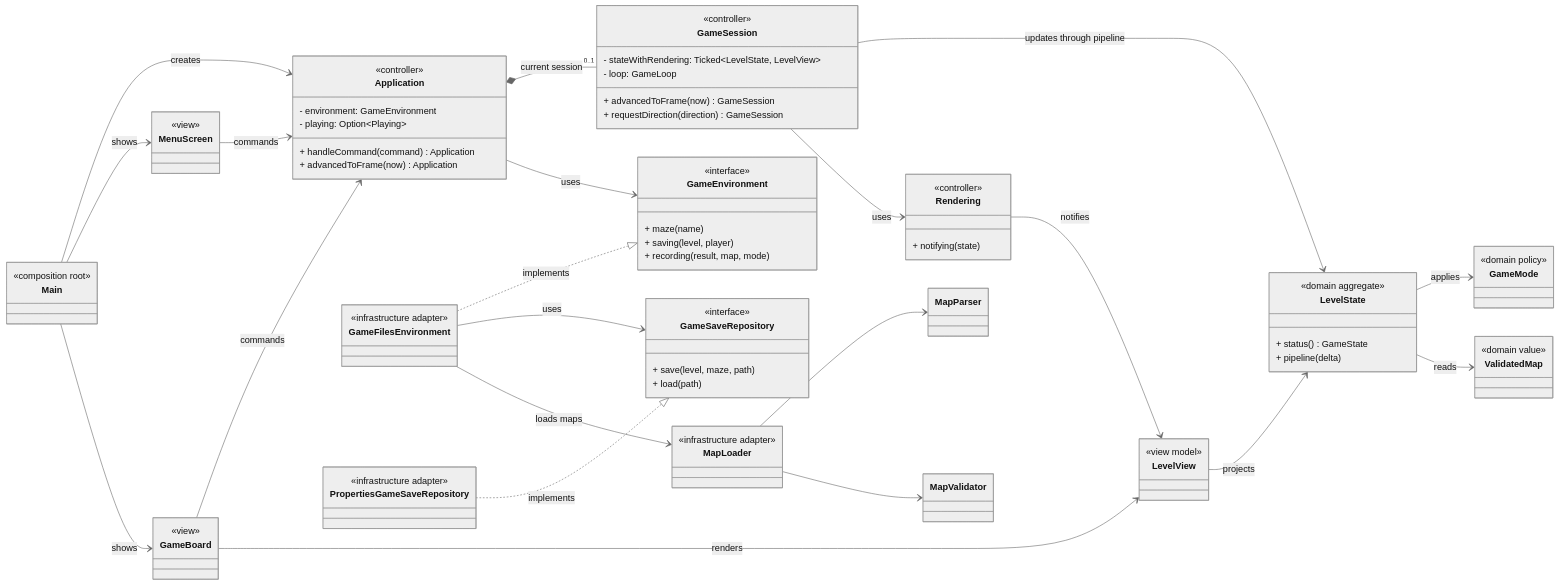
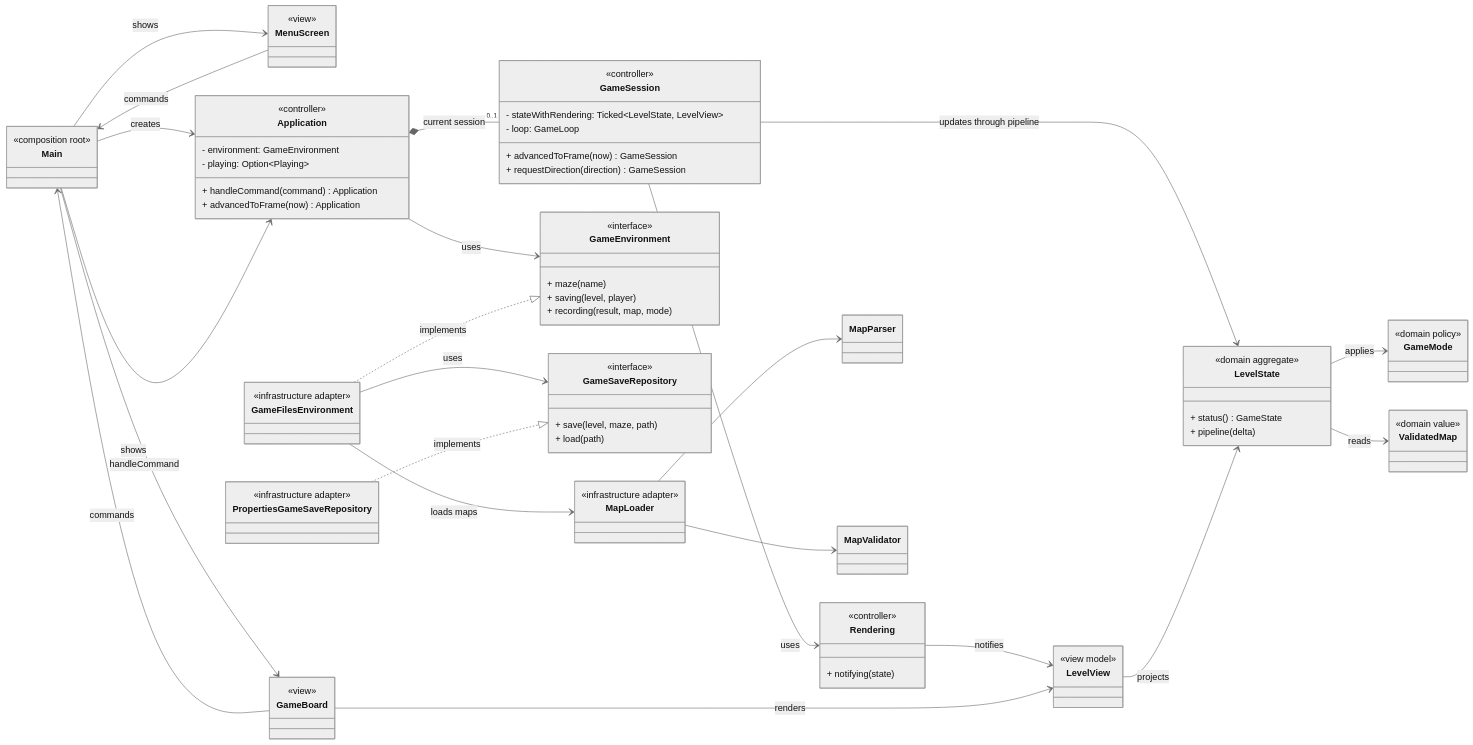
Before and after one commit to PPS-25/PPS-25-scala-man: the diagram in docs/uml/application-class-diagram.mmd, drawn with Mermaid. The commit also changed 2 other files, not shown here.

Commit message:
docs(report): refine architectural design

```diff
--- a/docs/uml/application-class-diagram.mmd
+++ b/docs/uml/application-class-diagram.mmd
@@ -1,88 +1,89 @@
 %%{init: {"theme": "neutral"}}%%
 classDiagram
   direction LR
 
   class Main {
 <<composition root>>
 }
 class MenuScreen {
 <<view>>
 }
 class GameBoard {
 <<view>>
 }
 class Application {
   <<controller>>
   - environment: GameEnvironment
   - playing: Option~Playing~
   + handleCommand(command) Application
   + advancedToFrame(now) Application
 }
 class GameSession {
   <<controller>>
   - stateWithRendering: Ticked~LevelState, LevelView~
   - loop: GameLoop
   + advancedToFrame(now) GameSession
   + requestDirection(direction) GameSession
 }
 class GameEnvironment {
 <<interface>>
 + maze(name)
 + saving(level, player)
 + recording(result, map, mode)
 }
 class LevelView {
 <<view model>>
 }
 class Rendering {
 <<controller>>
 + notifying(state)
 }
 class LevelState {
 <<domain aggregate>>
 + status() GameState
 + pipeline(delta)
 }
 class GameMode {
 <<domain policy>>
 }
 class ValidatedMap {
 <<domain value>>
 }
 class GameFilesEnvironment {
 <<infrastructure adapter>>
 }
 class GameSaveRepository {
 <<interface>>
 + save(level, maze, path)
 + load(path)
 }
 class PropertiesGameSaveRepository {
 <<infrastructure adapter>>
 }
 class MapLoader {
 <<infrastructure adapter>>
 }
 class MapParser
 class MapValidator
 
 Main --> Application : creates
 Main --> MenuScreen : shows
 Main --> GameBoard : shows
-MenuScreen --> Application : commands
-GameBoard --> Application : commands
+MenuScreen --> Main : commands
+GameBoard --> Main : commands
+Main --> Application : handleCommand
 Application *-- "0..1" GameSession : current session
 Application --> GameEnvironment : uses
 GameSession --> LevelState : updates through pipeline
 GameSession --> Rendering : uses
 LevelState --> GameMode : applies
 LevelState --> ValidatedMap : reads
 LevelView --> LevelState : projects
 Rendering --> LevelView : notifies
 GameBoard --> LevelView : renders
 GameFilesEnvironment ..|> GameEnvironment : implements
 GameFilesEnvironment --> GameSaveRepository : uses
 PropertiesGameSaveRepository ..|> GameSaveRepository : implements
 GameFilesEnvironment --> MapLoader : loads maps
 MapLoader --> MapParser
 MapLoader --> MapValidator
```
